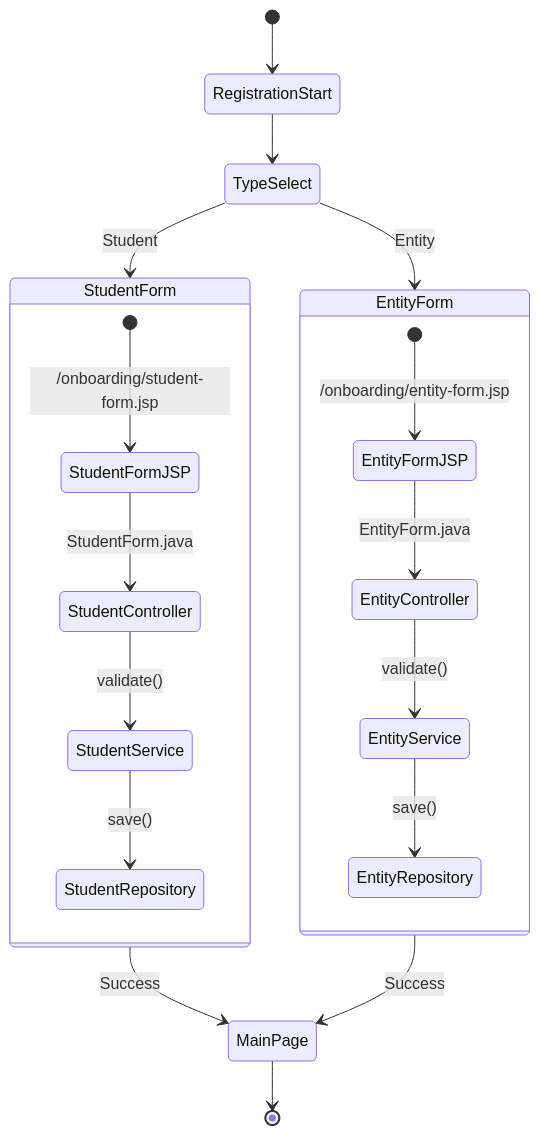
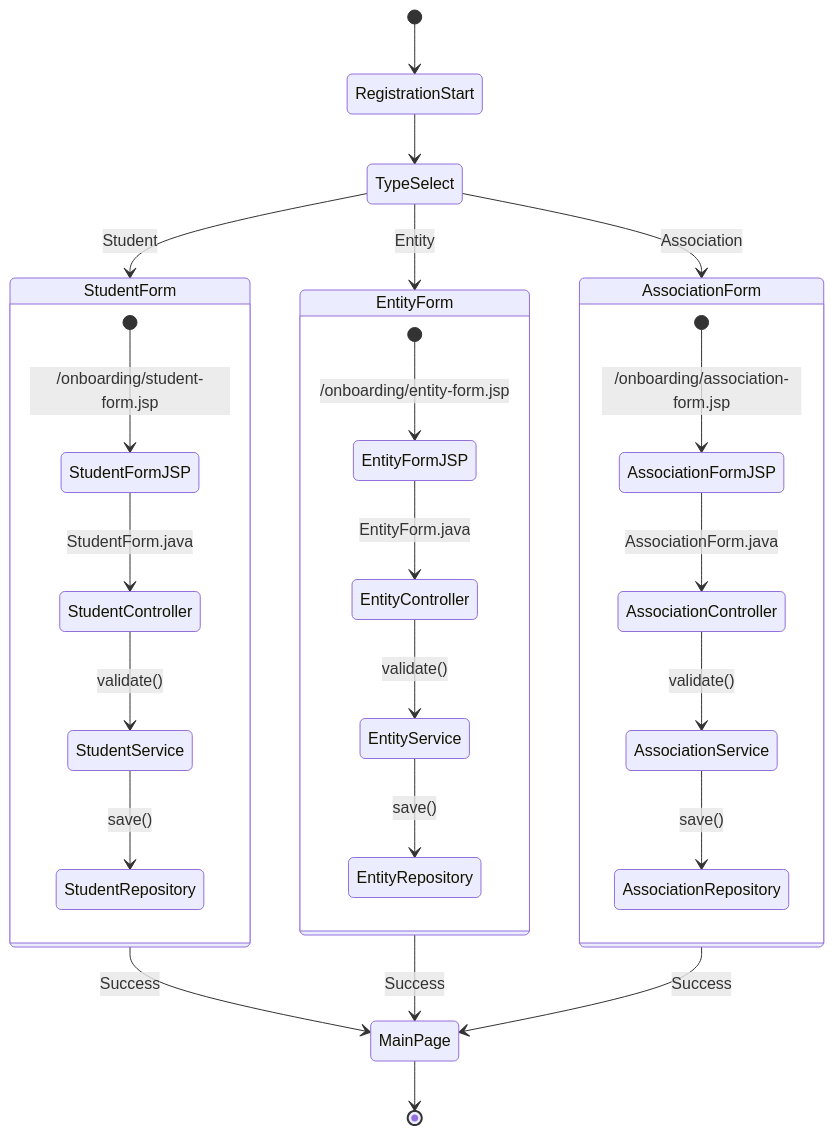
One commit to uripont/cheeper changed the second of 2 diagrams in docs/registering.md. Above: the diagram before and after it, drawn with Mermaid.

Commit message:
Add AssociationForm to registration flow diagram

````diff
--- a/docs/registering.md
+++ b/docs/registering.md
@@ -39,26 +39,35 @@
 ```mermaid
 stateDiagram
     [*] --> RegistrationStart
     RegistrationStart --> TypeSelect
-    
+
     TypeSelect --> StudentForm: Student
     TypeSelect --> EntityForm: Entity
-    
+    TypeSelect --> AssociationForm: Association
+
     state StudentForm {
         [*] --> StudentFormJSP: /onboarding/student-form.jsp
         StudentFormJSP --> StudentController: StudentForm.java
         StudentController --> StudentService: validate()
         StudentService --> StudentRepository: save()
     }
-    
+
     state EntityForm {
         [*] --> EntityFormJSP: /onboarding/entity-form.jsp
         EntityFormJSP --> EntityController: EntityForm.java
         EntityController --> EntityService: validate()
         EntityService --> EntityRepository: save()
     }
-    
+
+    state AssociationForm {
+        [*] --> AssociationFormJSP: /onboarding/association-form.jsp
+        AssociationFormJSP --> AssociationController: AssociationForm.java
+        AssociationController --> AssociationService: validate()
+        AssociationService --> AssociationRepository: save()
+    }
+
     StudentForm --> MainPage: Success
     EntityForm --> MainPage: Success
+    AssociationForm --> MainPage: Success
     MainPage --> [*]
 ```
````
